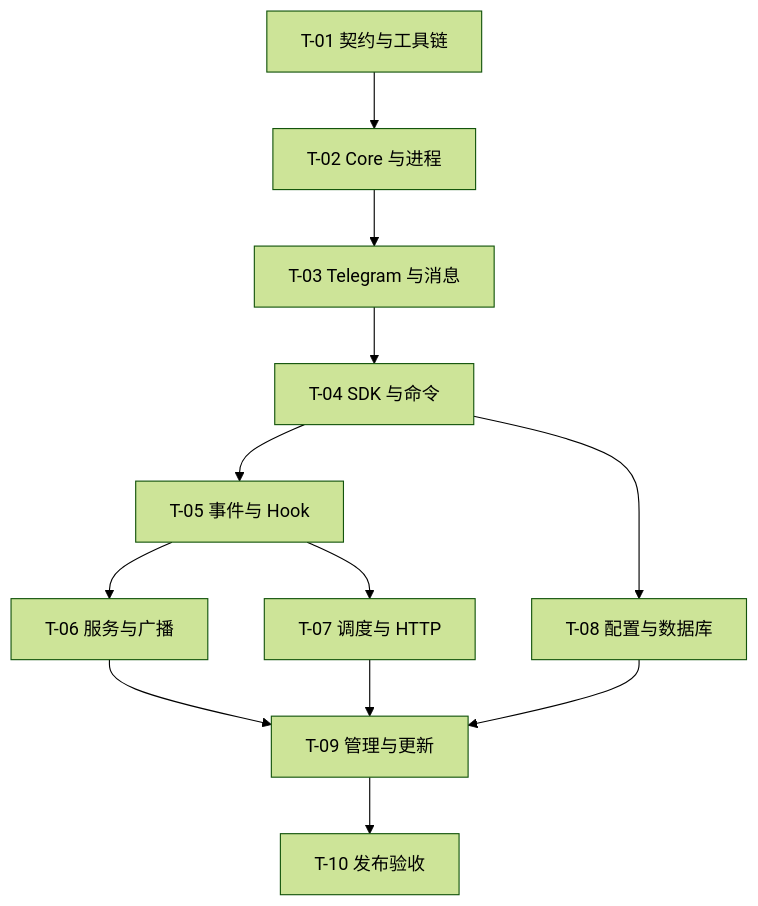
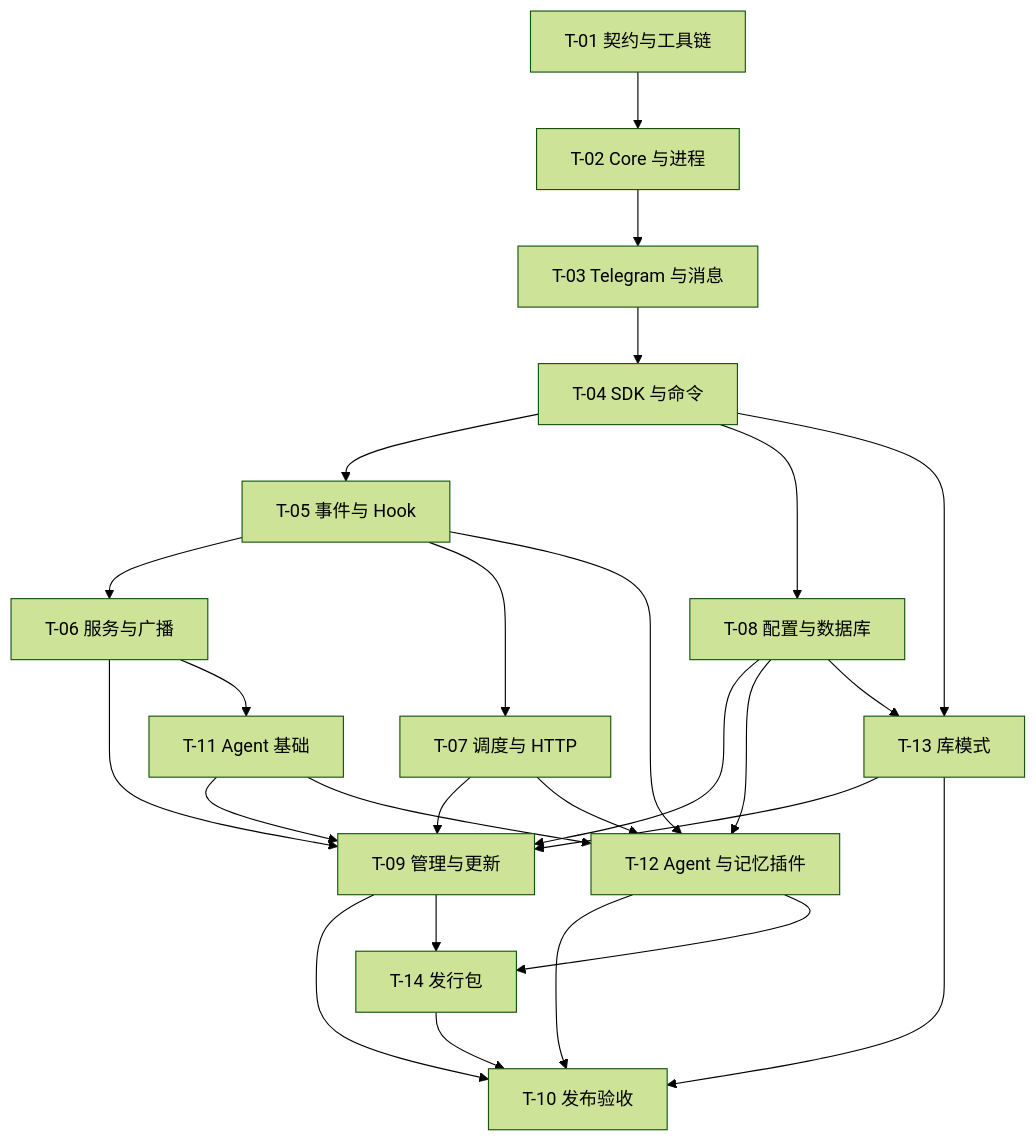
The diagram in spec/PLAN.md (AlonaBot/AlonaBot), drawn with Mermaid (forest theme) before and after one commit. The commit also changed other lines of this file and 13 other files, not shown here.

````diff
--- a/spec/PLAN.md
+++ b/spec/PLAN.md
@@ -60,14 +67,28 @@
 ```mermaid
 flowchart TD
   T01["T-01 契约与工具链"] --> T02["T-02 Core 与进程"]
   T02 --> T03["T-03 Telegram 与消息"]
   T03 --> T04["T-04 SDK 与命令"]
   T04 --> T05["T-05 事件与 Hook"]
   T04 --> T08["T-08 配置与数据库"]
   T05 --> T06["T-06 服务与广播"]
   T05 --> T07["T-07 调度与 HTTP"]
   T06 --> T09["T-09 管理与更新"]
   T07 --> T09
   T08 --> T09
+  T06 --> T11["T-11 Agent 基础"]
+  T11 --> T09
+  T11 --> T12["T-12 Agent 与记忆插件"]
+  T05 --> T12
+  T07 --> T12
+  T08 --> T12
   T09 --> T10["T-10 发布验收"]
+  T12 --> T10
+  T04 --> T13["T-13 库模式"]
+  T08 --> T13
+  T13 --> T09
+  T09 --> T14["T-14 发行包"]
+  T12 --> T14
+  T13 --> T10
+  T14 --> T10
 ```
````
